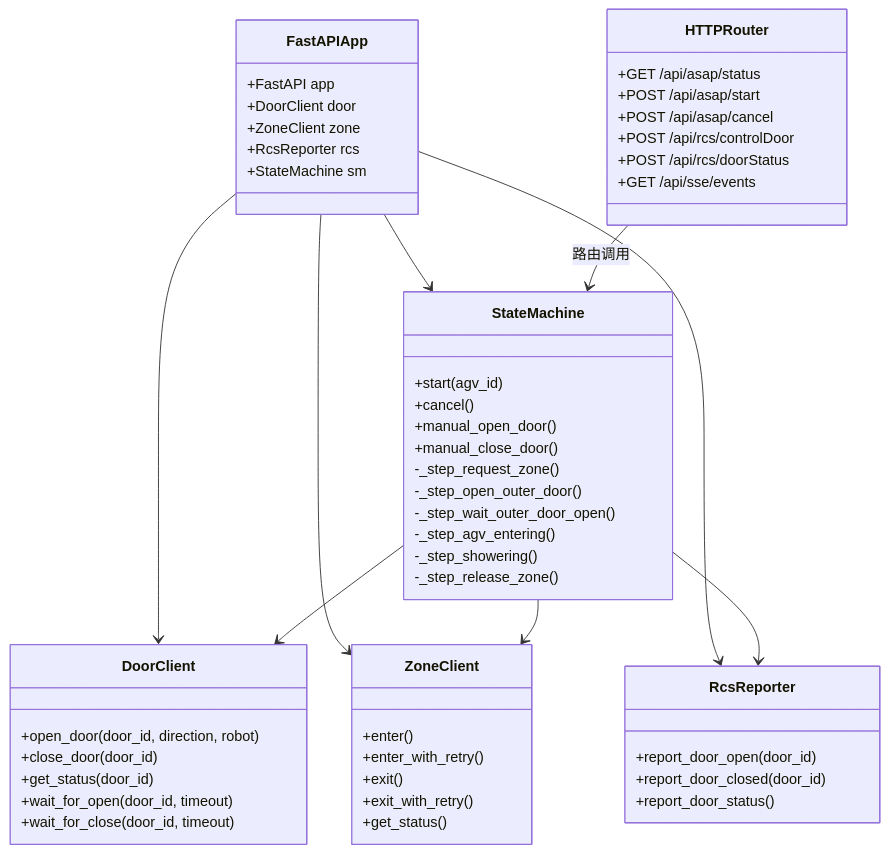
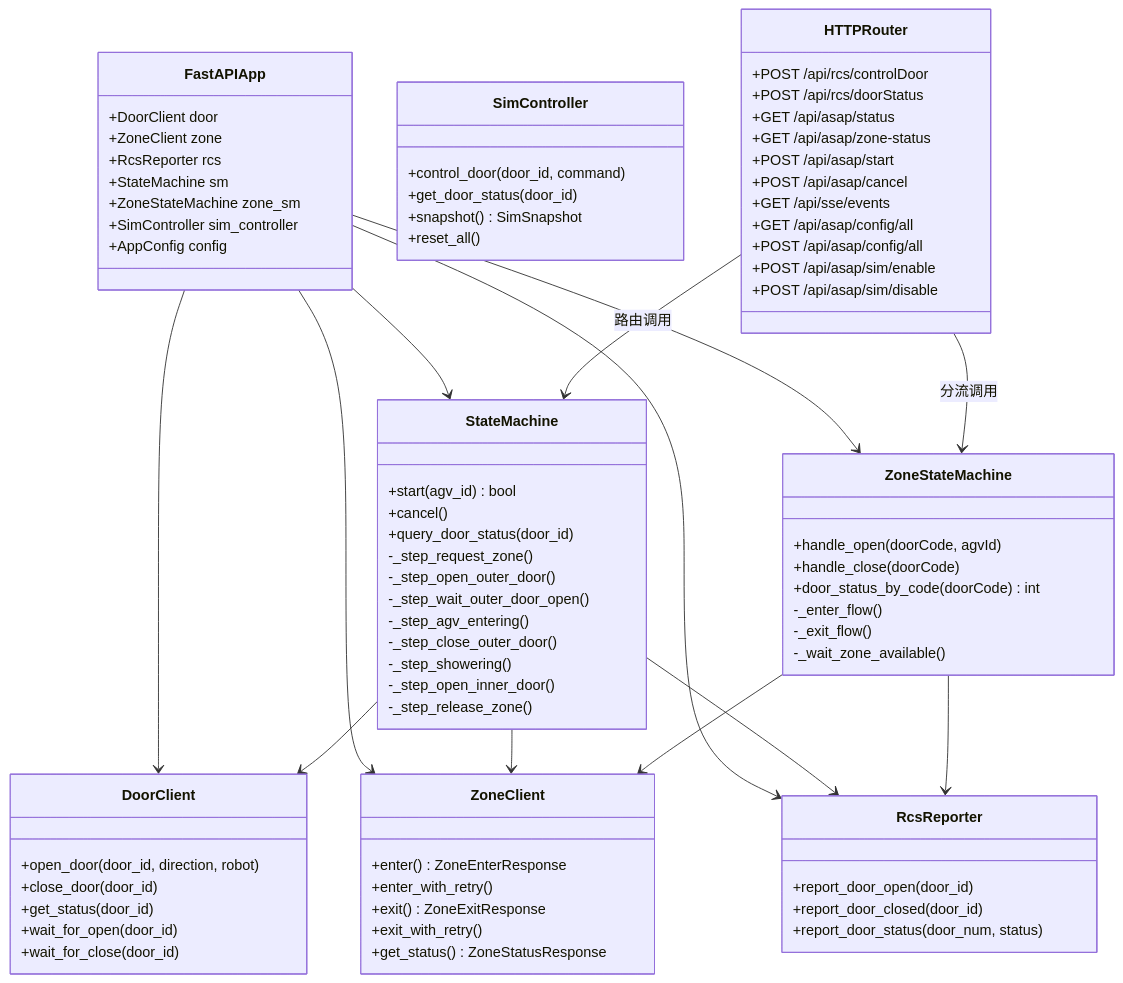
One commit to 1021143806/ASAP_Adapter changed the tenth of 13 diagrams in doc/architecture.md. Above: the diagram before and after it, drawn with Mermaid. The commit also changed other lines of this file, not shown here.

````diff
--- a/doc/architecture.md
+++ b/doc/architecture.md
@@ -421,63 +405,91 @@
 ```mermaid
 classDiagram
     class FastAPIApp {
-        +FastAPI app
         +DoorClient door
         +ZoneClient zone
         +RcsReporter rcs
         +StateMachine sm
+        +ZoneStateMachine zone_sm
+        +SimController sim_controller
+        +AppConfig config
+    }
+
+    class StateMachine {
+        +start(agv_id) bool
+        +cancel()
+        +query_door_status(door_id)
+        -_step_request_zone()
+        -_step_open_outer_door()
+        -_step_wait_outer_door_open()
+        -_step_agv_entering()
+        -_step_close_outer_door()
+        -_step_showering()
+        -_step_open_inner_door()
+        -_step_release_zone()
+    }
+
+    class ZoneStateMachine {
+        +handle_open(doorCode, agvId)
+        +handle_close(doorCode)
+        +door_status_by_code(doorCode) int
+        -_enter_flow()
+        -_exit_flow()
+        -_wait_zone_available()
     }
 
     class DoorClient {
         +open_door(door_id, direction, robot)
         +close_door(door_id)
         +get_status(door_id)
-        +wait_for_open(door_id, timeout)
-        +wait_for_close(door_id, timeout)
+        +wait_for_open(door_id)
+        +wait_for_close(door_id)
     }
 
     class ZoneClient {
-        +enter()
+        +enter() ZoneEnterResponse
         +enter_with_retry()
-        +exit()
+        +exit() ZoneExitResponse
         +exit_with_retry()
-        +get_status()
+        +get_status() ZoneStatusResponse
     }
 
     class RcsReporter {
         +report_door_open(door_id)
         +report_door_closed(door_id)
-        +report_door_status()
+        +report_door_status(door_num, status)
     }
 
-    class StateMachine {
-        +start(agv_id)
-        +cancel()
-        +manual_open_door()
-        +manual_close_door()
-        -_step_request_zone()
-        -_step_open_outer_door()
-        -_step_wait_outer_door_open()
-        -_step_agv_entering()
-        -_step_showering()
-        -_step_release_zone()
+    class SimController {
+        +control_door(door_id, command)
+        +get_door_status(door_id)
+        +snapshot() SimSnapshot
+        +reset_all()
     }
 
     class HTTPRouter {
+        +POST /api/rcs/controlDoor
+        +POST /api/rcs/doorStatus
         +GET /api/asap/status
+        +GET /api/asap/zone-status
         +POST /api/asap/start
         +POST /api/asap/cancel
-        +POST /api/rcs/controlDoor
-        +POST /api/rcs/doorStatus
         +GET /api/sse/events
+        +GET /api/asap/config/all
+        +POST /api/asap/config/all
+        +POST /api/asap/sim/enable
+        +POST /api/asap/sim/disable
     }
 
     FastAPIApp --> DoorClient
     FastAPIApp --> ZoneClient
     FastAPIApp --> RcsReporter
     FastAPIApp --> StateMachine
+    FastAPIApp --> ZoneStateMachine
     StateMachine --> DoorClient
     StateMachine --> ZoneClient
     StateMachine --> RcsReporter
+    ZoneStateMachine --> ZoneClient
+    ZoneStateMachine --> RcsReporter
     HTTPRouter --> StateMachine : 路由调用
+    HTTPRouter --> ZoneStateMachine : 分流调用
 ```
````
